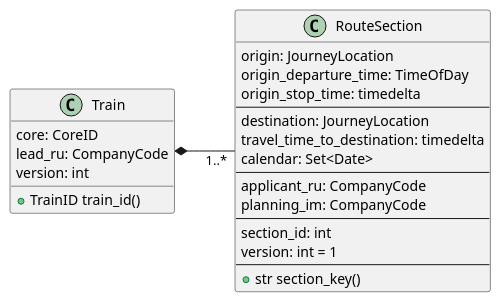
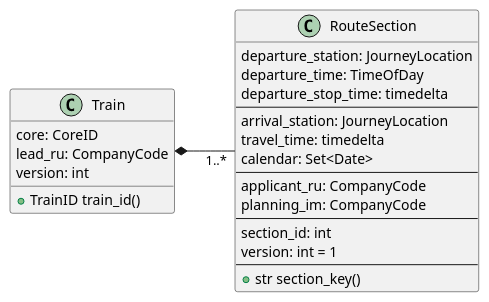
The diagram in docs/uml/tom-section.puml (monora/tom), drawn with PlantUML before and after one commit. The commit also changed 14 other files, not shown here.

First line of the commit message:
Rename (origin, destination) to (departure_station, arrival_station)

```diff
--- a/docs/uml/tom-section.puml
+++ b/docs/uml/tom-section.puml
@@ -1,29 +1,29 @@
 left to right direction
 
 class Train {
     core: CoreID
     lead_ru: CompanyCode
     version: int
 
     +TrainID train_id()
 }
 
 class RouteSection {
-    origin: JourneyLocation
-    origin_departure_time: TimeOfDay
-    origin_stop_time: timedelta
+    departure_station: JourneyLocation
+    departure_time: TimeOfDay
+    departure_stop_time: timedelta
     ---
-    destination: JourneyLocation
-    travel_time_to_destination: timedelta
+    arrival_station: JourneyLocation
+    travel_time: timedelta
     calendar: Set<Date>
     ---
     applicant_ru: CompanyCode
     planning_im: CompanyCode
     ---
     section_id: int
     version: int = 1
     ---
     + str section_key()
 }
 
 Train *-- "1..*" RouteSection
```
